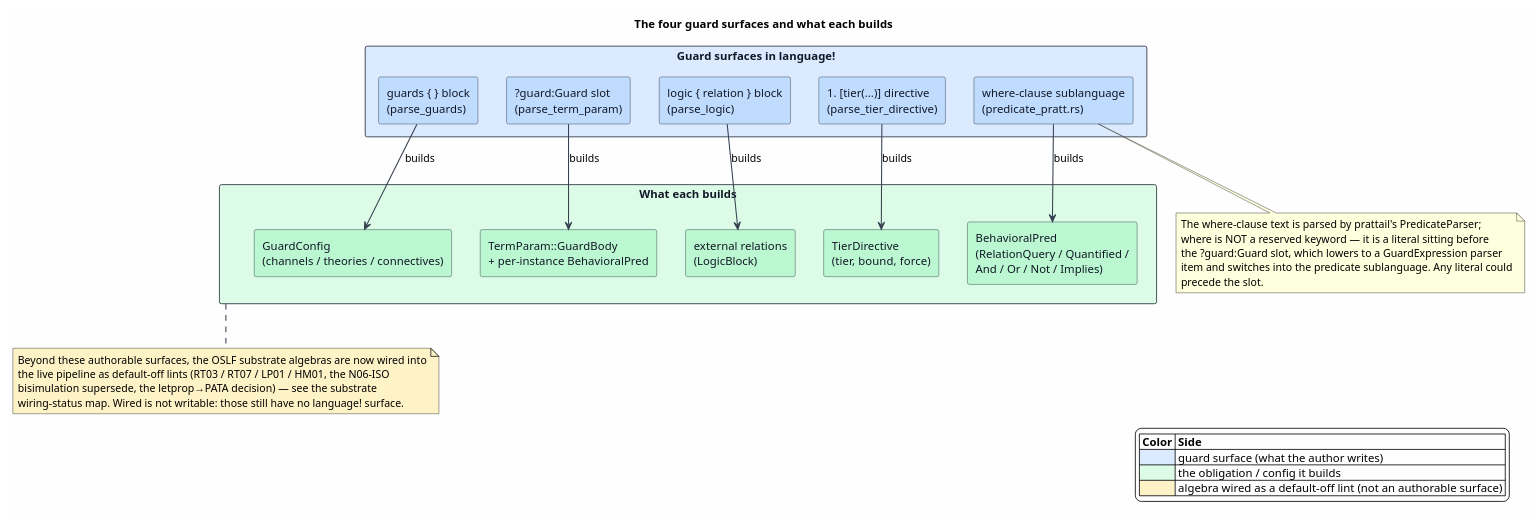
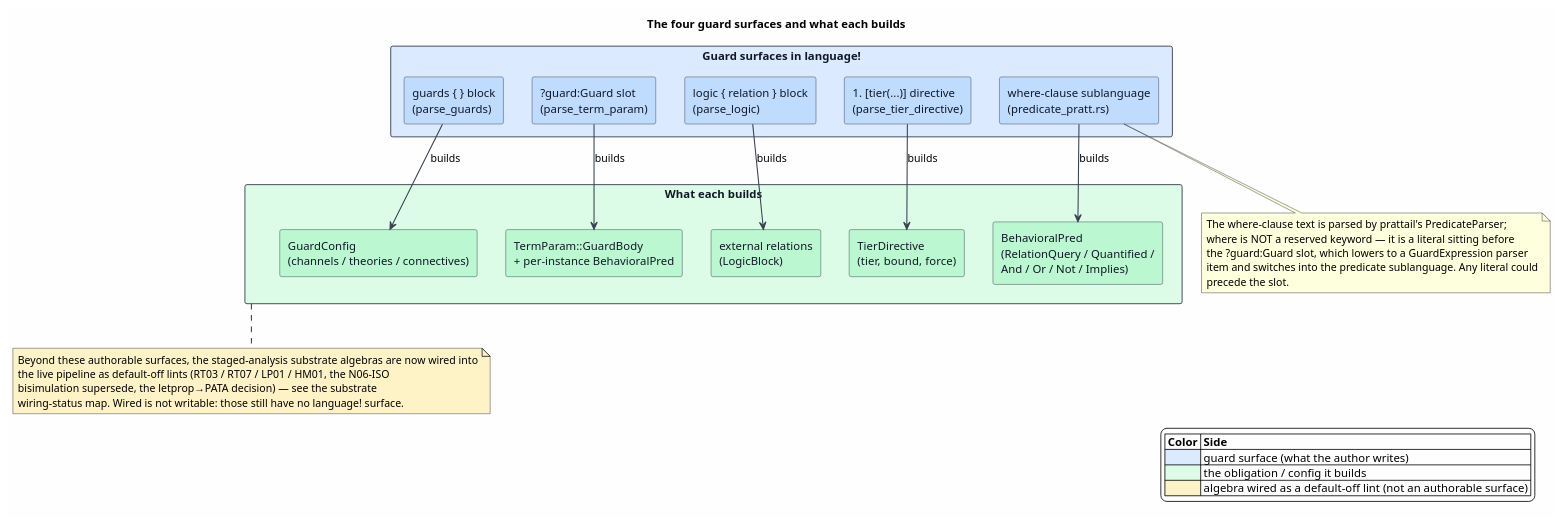
Before and after one commit to F1R3FLY-io/mettail-rust: the diagram in docs/architecture/semantic-predicates/figures/06-guard-surfaces.puml, drawn with PlantUML. The commit also changed 90 other files, not shown here.

```diff
--- a/docs/architecture/semantic-predicates/figures/06-guard-surfaces.puml
+++ b/docs/architecture/semantic-predicates/figures/06-guard-surfaces.puml
@@ -1,63 +1,63 @@
 @startuml
 title The four guard surfaces and what each builds
 
 skinparam backgroundColor #FEFEFE
 skinparam componentStyle rectangle
 skinparam shadowing false
 skinparam ArrowColor #374151
 skinparam ArrowThickness 1.3
 skinparam component {
   BorderColor #1F2937
   FontColor #111827
 }
 skinparam rectangle {
   BorderColor #1F2937
   FontColor #111827
 }
 
 ' ── The surfaces a language author writes (left) ────────────────────────
 rectangle "Guard surfaces in language!" as Surf #DBEAFE {
   component "guards { } block\n(parse_guards)" as G #BFDBFE
   component "?guard:Guard slot\n(parse_term_param)" as Slot #BFDBFE
   component "where-clause sublanguage\n(predicate_pratt.rs)" as Where #BFDBFE
   component "logic { relation } block\n(parse_logic)" as Logic #BFDBFE
   component "#[tier(...)] directive\n(parse_tier_directive)" as Tier #BFDBFE
 }
 
 ' ── What each surface builds (right) ────────────────────────────────────
 rectangle "What each builds" as Built #DCFCE7 {
   component "GuardConfig\n(channels / theories / connectives)" as GC #BBF7D0
   component "TermParam::GuardBody\n+ per-instance BehavioralPred" as TP #BBF7D0
   component "BehavioralPred\n(RelationQuery / Quantified /\nAnd / Or / Not / Implies)" as BP #BBF7D0
   component "external relations\n(LogicBlock)" as Rel #BBF7D0
   component "TierDirective\n(tier, bound, force)" as TD #BBF7D0
 }
 
 G    --> GC : builds
 Slot --> TP : builds
 Where --> BP : builds
 Logic --> Rel : builds
 Tier --> TD : builds
 
 note bottom of Where
   The where-clause text is parsed by prattail's PredicateParser;
   where is NOT a reserved keyword — it is a literal sitting before
   the ?guard:Guard slot, which lowers to a GuardExpression parser
   item and switches into the predicate sublanguage. Any literal could
   precede the slot.
 end note
 
 note bottom of Built #FEF3C7
-  Beyond these authorable surfaces, the OSLF substrate algebras are now wired into
+  Beyond these authorable surfaces, the staged-analysis substrate algebras are now wired into
   the live pipeline as default-off lints (RT03 / RT07 / LP01 / HM01, the N06-ISO
   bisimulation supersede, the letprop→PATA decision) — see the substrate
   wiring-status map. Wired is not writable: those still have no language! surface.
 end note
 
 legend right
 |= Color |= Side |
 |<#DBEAFE> | guard surface (what the author writes) |
 |<#DCFCE7> | the obligation / config it builds |
 |<#FEF3C7> | algebra wired as a default-off lint (not an authorable surface) |
 endlegend
 @enduml
```
